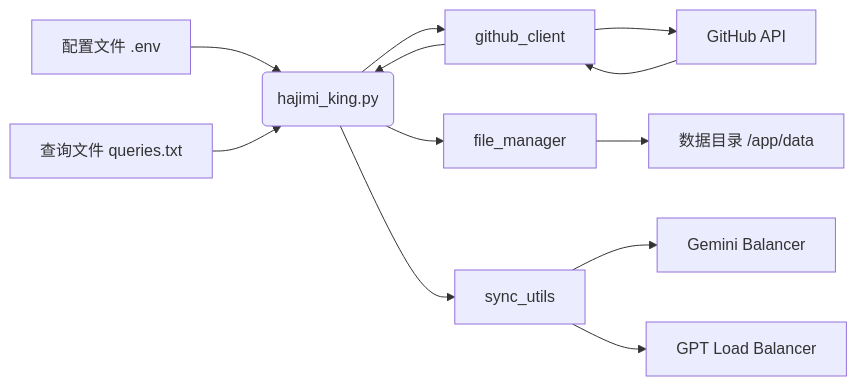
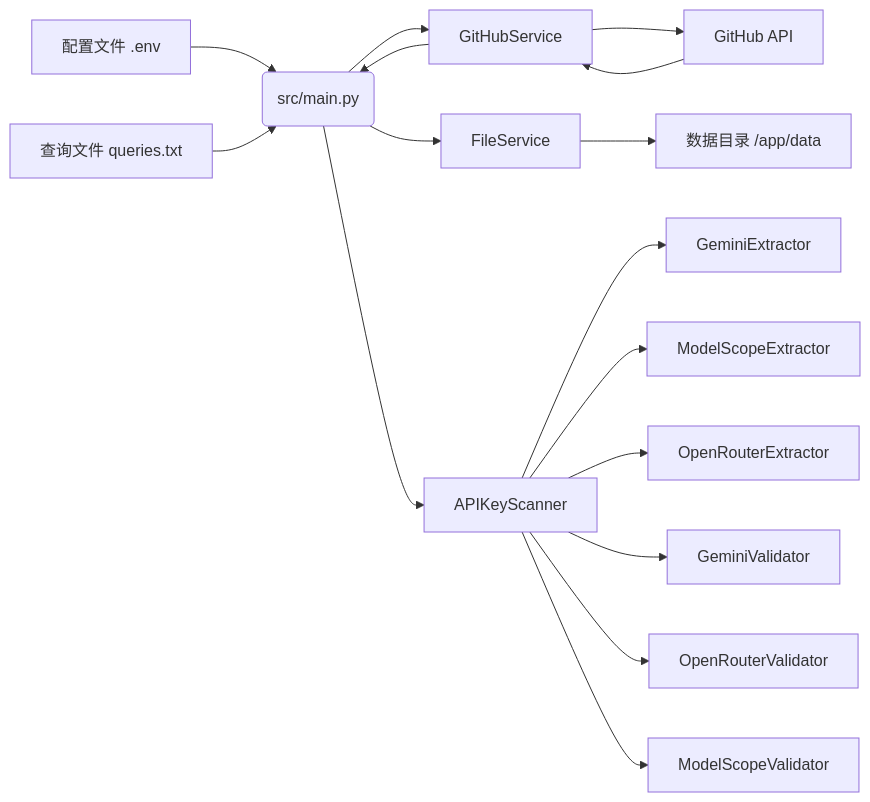
One commit to james-6-23/APIKEY-king changed the second of 4 diagrams in .qoder/repowiki/zh/content/部署方案/Docker容器化部署.md. Above: the diagram before and after it, drawn with Mermaid. The commit also changed other lines of this file and 49 other files, not shown here.

````diff
--- a/.qoder/repowiki/zh/content/部署方案/Docker容器化部署.md
+++ b/.qoder/repowiki/zh/content/部署方案/Docker容器化部署.md
@@ -80,14 +90,18 @@
 ```mermaid
 graph LR
-A[配置文件 .env] --> B(hajimi_king.py)
+A[配置文件 .env] --> B(src/main.py)
 C[查询文件 queries.txt] --> B
-B --> D[github_client]
+B --> D[GitHubService]
 D --> E[GitHub API]
 E --> D
 D --> B
-B --> F[file_manager]
-B --> G[sync_utils]
+B --> F[FileService]
+B --> G[APIKeyScanner]
 F --> H[数据目录 /app/data]
-G --> I[Gemini Balancer]
-G --> J[GPT Load Balancer]
+G --> I[GeminiExtractor]
+G --> J[ModelScopeExtractor]
+G --> K[OpenRouterExtractor]
+G --> L[GeminiValidator]
+G --> M[OpenRouterValidator]
+G --> N[ModelScopeValidator]
 ```
````
